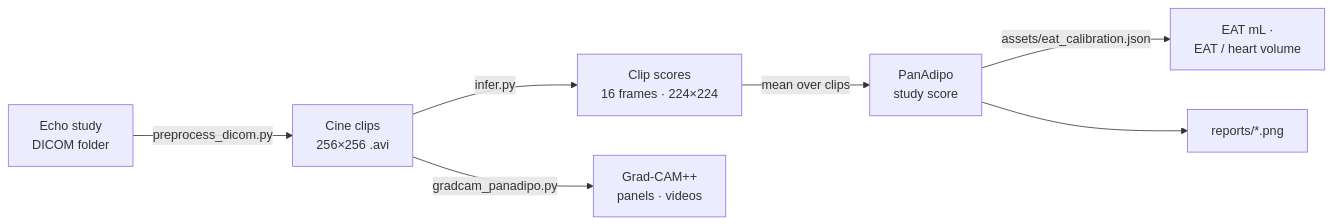
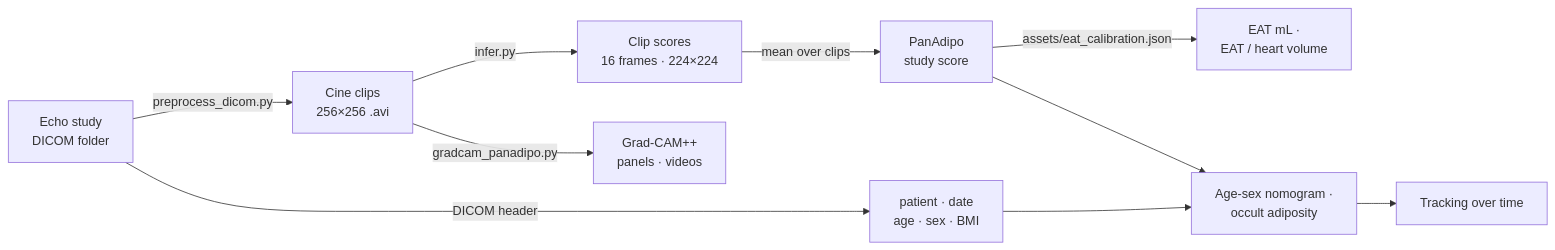
The diagram in README.md (Cardiometabolic-Intelligence/PanAdipo), drawn with Mermaid before and after one commit. The commit also changed other lines of this file and 15 other files, not shown here.

First line of the commit message:
Local app, online nomogram viewer, published age-sex thresholds, occult adiposity, serial tracking

````diff
--- a/README.md
+++ b/README.md
@@ -119,9 +163,12 @@
 ```mermaid
 flowchart LR
     A[Echo study<br/>DICOM folder] -->|preprocess_dicom.py| B[Cine clips<br/>256×256 .avi]
+    A -->|DICOM header| H[patient · date<br/>age · sex · BMI]
     B -->|infer.py| C[Clip scores<br/>16 frames · 224×224]
     C -->|mean over clips| D[PanAdipo<br/>study score]
     D -->|assets/eat_calibration.json| E[EAT mL ·<br/>EAT / heart volume]
-    D --> F[reports/*.png]
+    H --> N[Age-sex nomogram ·<br/>occult adiposity]
+    D --> N
+    N --> T[Tracking over time]
     B -->|gradcam_panadipo.py| G[Grad-CAM++<br/>panels · videos]
 ```
````
